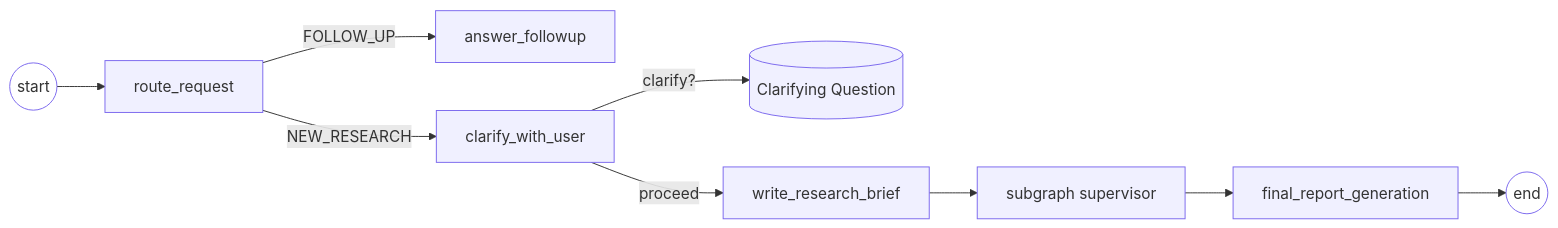
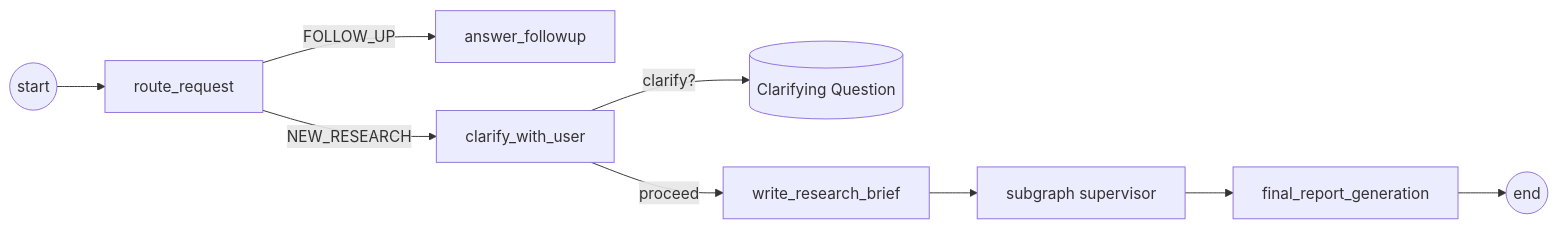
The second of 2 diagrams in README.md (Berkay2002/researcher), drawn with Mermaid before and after one commit. The commit also changed other lines of this file, not shown here.

Commit message:
fix: Make Mermaid charts theme-aware in README.md

````diff
--- a/README.md
+++ b/README.md
@@ -55,17 +51,13 @@
 ```mermaid
 flowchart LR
     Start((start)) --> Route[route_request]
     Route -->|FOLLOW_UP| Answer[answer_followup]
     Route -->|NEW_RESEARCH| Clarify[clarify_with_user]
     
     Clarify -->|clarify?| Question[(Clarifying Question)]
     Clarify -->|proceed| Brief[write_research_brief]
     
     Brief --> Supervisor[subgraph supervisor]
     Supervisor --> Report[final_report_generation]
     Report --> End((end))
-
-    classDef default fill:#f0f0ff,stroke:#7b68ee,stroke-width:1px;
-    classDef circle fill:#fff,stroke:#7b68ee,stroke-width:1px;
-    class Start,End circle;
 ```
````
